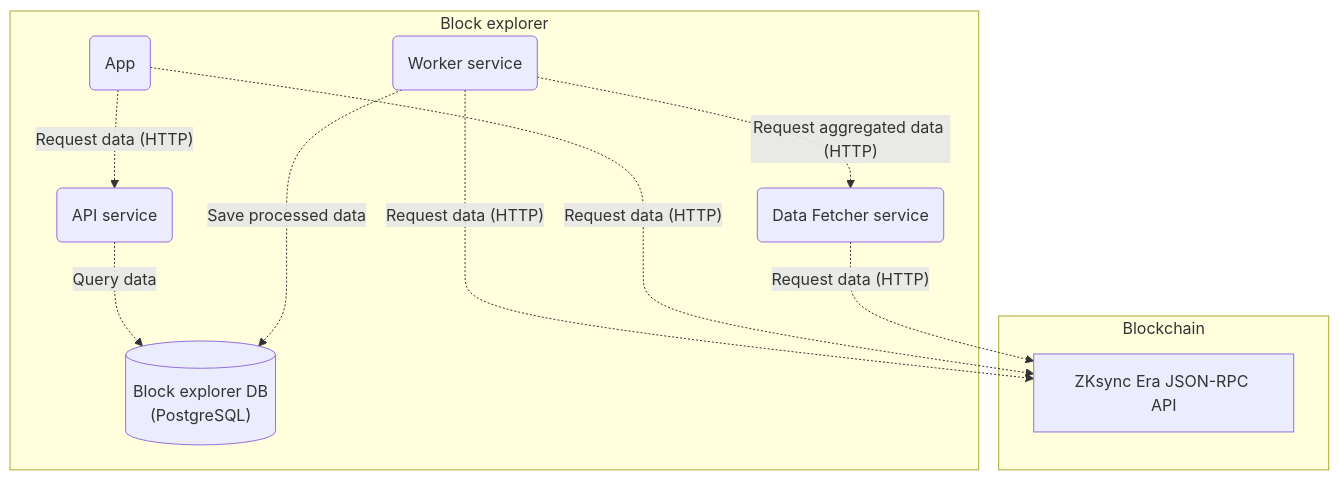
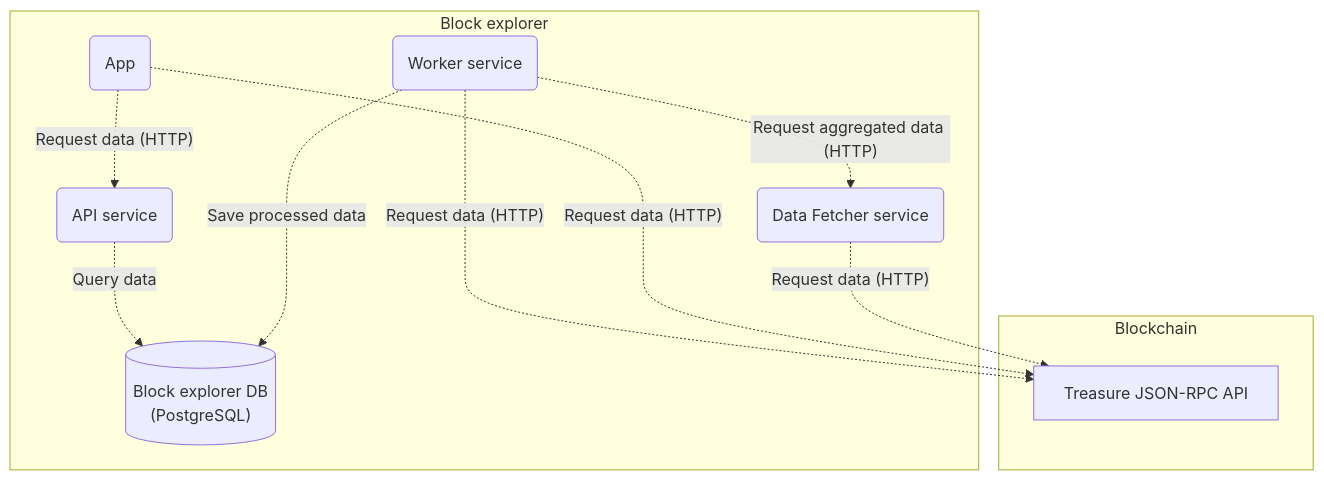
Before and after one commit to matter-labs/block-explorer: the diagram in README.md, drawn with Mermaid. The commit also changed other lines of this file, not shown here.

````diff
--- a/README.md
+++ b/README.md
@@ -15,24 +18,24 @@
 ```mermaid
 flowchart
   subgraph blockchain[Blockchain]
-    Blockchain[ZKsync Era JSON-RPC API]
+    Blockchain[Treasure JSON-RPC API]
   end
 
   subgraph explorer[Block explorer]
     Database[("Block explorer DB<br/>(PostgreSQL)")]
     Worker(Worker service)
     Data-Fetcher(Data Fetcher service)
     API(API service)
     App(App)
-    
+
     Worker-."Request aggregated data (HTTP)".->Data-Fetcher
     Data-Fetcher-."Request data (HTTP)".->Blockchain
     Worker-.Save processed data.->Database
 
     API-.Query data.->Database
     App-."Request data (HTTP)".->API
     App-."Request data (HTTP)".->Blockchain
   end
 
   Worker-."Request data (HTTP)".->Blockchain
 ```
````
